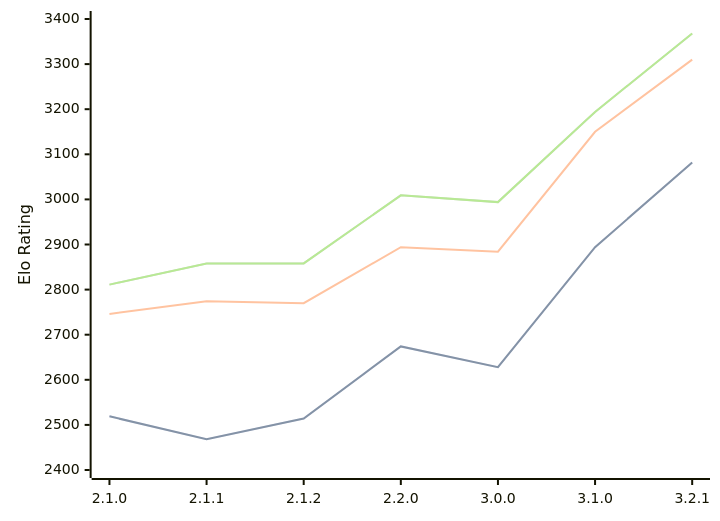
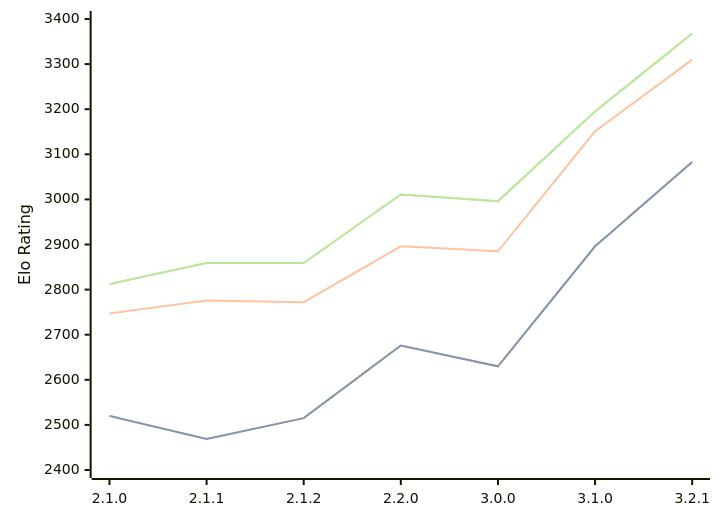
Before and after one commit to computer-chess-index/cci: the third of 3 diagrams in engines/Prune.md, drawn with Mermaid. The commit also changed other lines of this file, not shown here.

Commit message:
Update CCI Ratings (ELO VLTC) - 2026-06-30

````diff
--- a/engines/Prune.md
+++ b/engines/Prune.md
@@ -75,11 +76,11 @@
 ```mermaid
 %%{init: {"theme":"base","themeVariables":{"seriesColors:['#a3a3a3','#222221','#faa371']}}}%%
 xychart-beta
   x-axis ["2.1.0", "2.1.1", "2.1.2", "2.2.0", "3.0.0", "3.1.0", "3.2.1"]
   y-axis "Elo Rating" 2400 --> 3400
-  line "STC (8.0+0.08s)" [2519, 2468, 2514, 2674, 2628, 2894, 3082]
-  line "STC (8.0+0.08s)" [2519, 2468, 2514, 2674, 2628, 2894, 3082]
-  line "LTC (60.0+0.60s)" [2746, 2774, 2770, 2894, 2884, 3150, 3310]
-  line "VLTC (2m24s+1.12s)" [2811, 2858, 2858, 3009, 2994, 3194, 3368]
-  line "VLTC (2m24s+1.12s)" [2811, 2858, 2858, 3009, 2994, 3194, 3368]
+  line "STC (8.0+0.08s)" [2520, 2469, 2515, 2676, 2630, 2896, 3083]
+  line "STC (8.0+0.08s)" [2520, 2469, 2515, 2676, 2630, 2896, 3083]
+  line "LTC (60.0+0.60s)" [2747, 2776, 2772, 2896, 2885, 3151, 3310]
+  line "VLTC (2m24s+1.12s)" [2812, 2859, 2859, 3011, 2996, 3195, 3368]
+  line "VLTC (2m24s+1.12s)" [2812, 2859, 2859, 3011, 2996, 3195, 3368]
 ```
````
